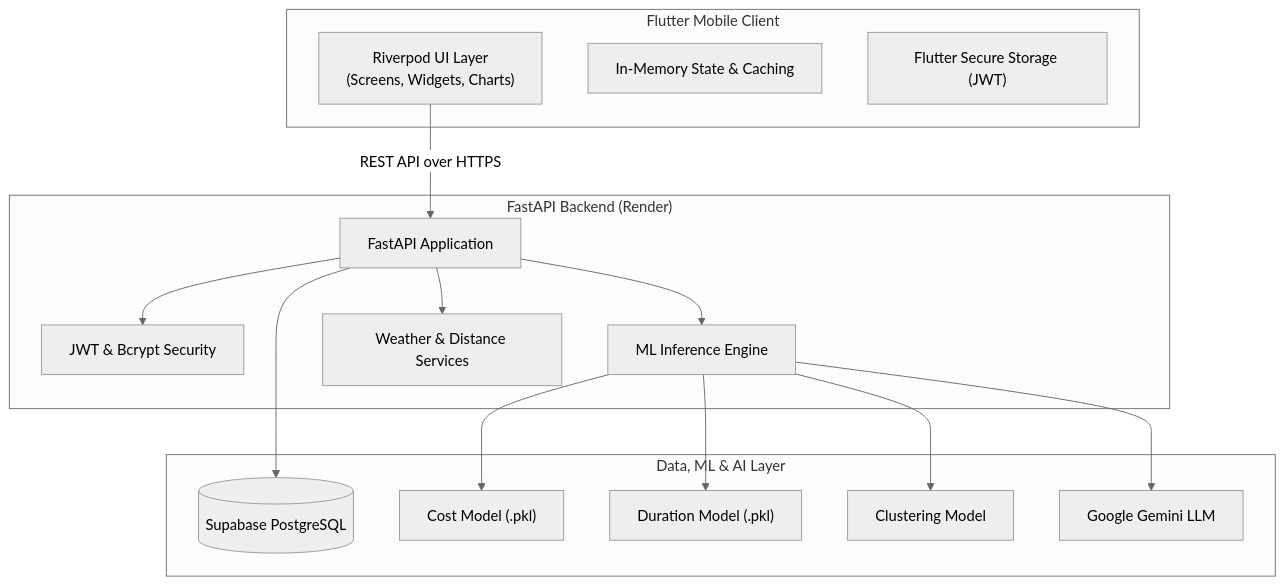
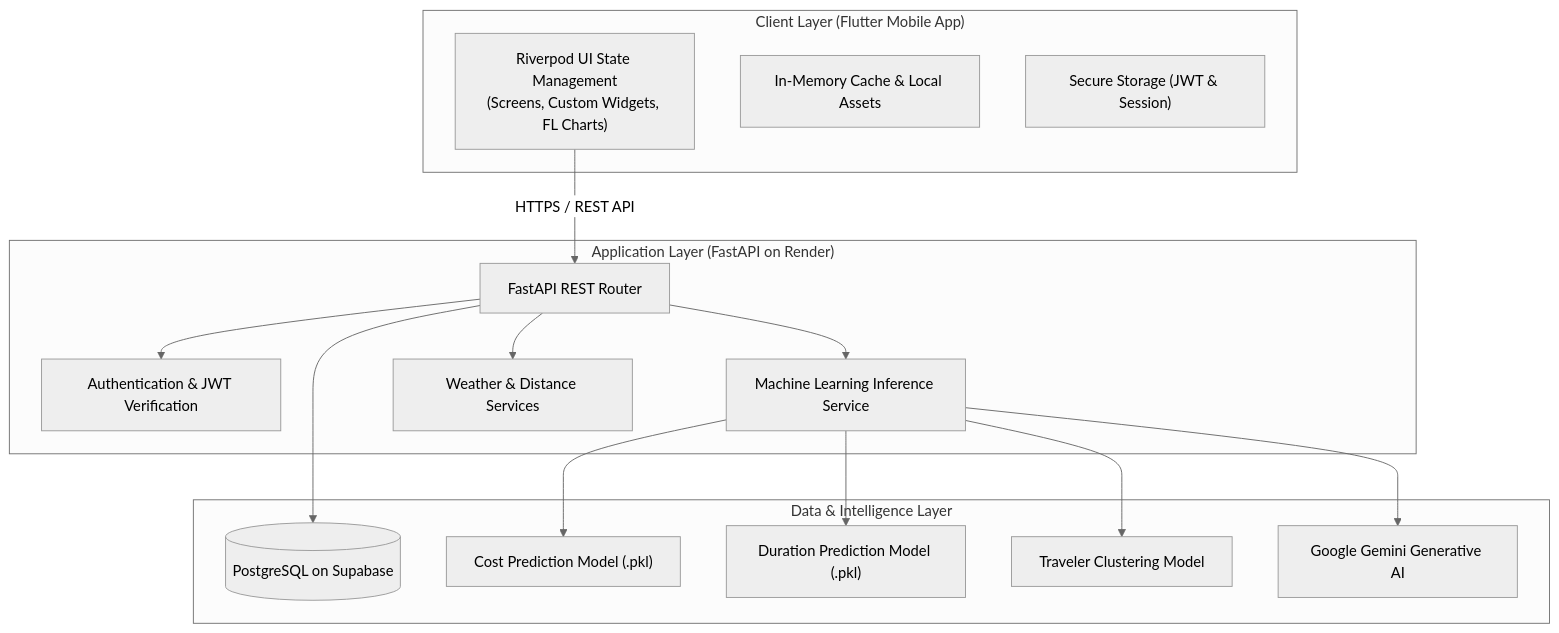
Before and after one commit to abhaysingh-10/TravelSenseAI: the diagram in README.md, drawn with Mermaid (neutral theme). The commit also changed other lines of this file, not shown here.

````diff
--- a/README.md
+++ b/README.md
@@ -53,33 +52,33 @@
 ```mermaid
 flowchart TD
-    subgraph Client ["Flutter Mobile Client"]
-        UI["Riverpod UI Layer\n(Screens, Widgets, Charts)"]
-        Cache["In-Memory State & Caching"]
-        Storage["Flutter Secure Storage (JWT)"]
+    subgraph Client ["Client Layer (Flutter Mobile App)"]
+        UI["Riverpod UI State Management\n(Screens, Custom Widgets, FL Charts)"]
+        Cache["In-Memory Cache & Local Assets"]
+        Storage["Secure Storage (JWT & Session)"]
     end
 
-    subgraph CloudAPI ["FastAPI Backend (Render)"]
-        Router["FastAPI Application"]
-        Auth["JWT & Bcrypt Security"]
-        MLService["ML Inference Engine"]
-        ExtService["Weather & Distance Services"]
+    subgraph Backend ["Application Layer (FastAPI on Render)"]
+        API["FastAPI REST Router"]
+        Security["Authentication & JWT Verification"]
+        MLService["Machine Learning Inference Service"]
+        ExternalServices["Weather & Distance Services"]
     end
 
-    subgraph DataML ["Data, ML & AI Layer"]
-        DB[(Supabase PostgreSQL)]
-        RF_Cost["Cost Model (.pkl)"]
-        RF_Duration["Duration Model (.pkl)"]
-        KMeans["Clustering Model"]
-        Gemini["Google Gemini LLM"]
+    subgraph Infrastructure ["Data & Intelligence Layer"]
+        Postgres[(PostgreSQL on Supabase)]
+        RFCost["Cost Prediction Model (.pkl)"]
+        RFDuration["Duration Prediction Model (.pkl)"]
+        KMeansModel["Traveler Clustering Model"]
+        GeminiLLM["Google Gemini Generative AI"]
     end
 
-    UI -->|REST API over HTTPS| Router
-    Router --> Auth
-    Router --> MLService
-    Router --> ExtService
-    Router --> DB
-    MLService --> RF_Cost
-    MLService --> RF_Duration
-    MLService --> KMeans
-    MLService --> Gemini
+    UI -->|HTTPS / REST API| API
+    API --> Security
+    API --> MLService
+    API --> ExternalServices
+    API --> Postgres
+    MLService --> RFCost
+    MLService --> RFDuration
+    MLService --> KMeansModel
+    MLService --> GeminiLLM
 ```
````
